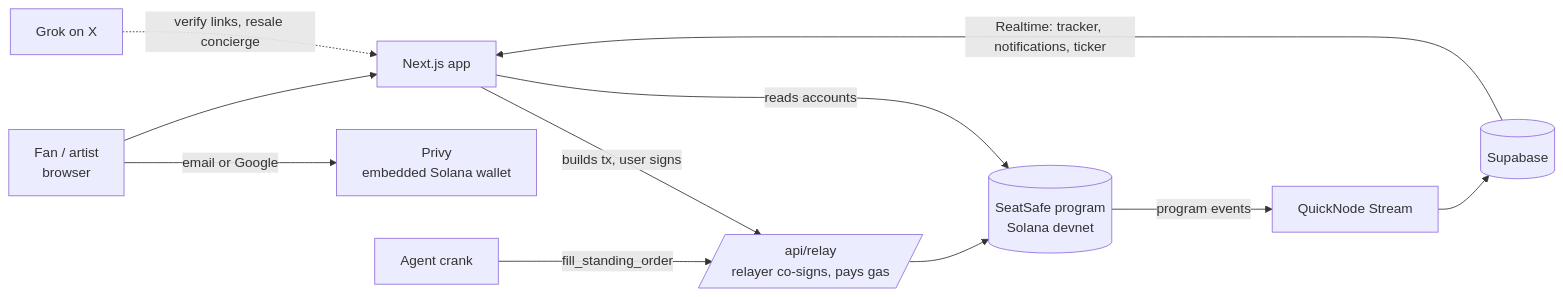
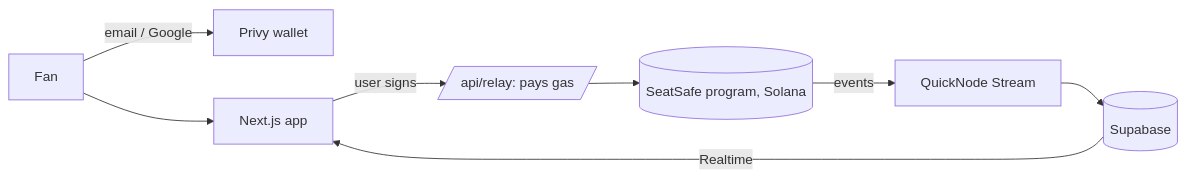
Before and after one commit to bhumikaguptaa/SeatSafe: the diagram in README.md, drawn with Mermaid. The commit also changed other lines of this file, not shown here.

````diff
--- a/README.md
+++ b/README.md
@@ -84,12 +53,9 @@
 ```mermaid
 flowchart LR
-  U[Fan / artist<br/>browser] -->|email or Google| P[Privy<br/>embedded Solana wallet]
+  U[Fan] -->|email / Google| P[Privy wallet]
   U --> W[Next.js app]
-  W -->|builds tx, user signs| R[/api/relay<br/>relayer co-signs, pays gas/]
-  R --> S[(SeatSafe program<br/>Solana devnet)]
-  W -->|reads accounts| S
-  S -->|program events| Q[QuickNode Stream] --> B[(Supabase)]
-  B -->|Realtime: tracker, notifications, ticker| W
-  A[Agent crank] -->|fill_standing_order| R
-  X[Grok on X] -.->|verify links, resale concierge| W
+  W -->|user signs| R[/api/relay: pays gas/]
+  R --> S[(SeatSafe program, Solana)]
+  S -->|events| Q[QuickNode Stream] --> B[(Supabase)]
+  B -->|Realtime| W
 ```
````
